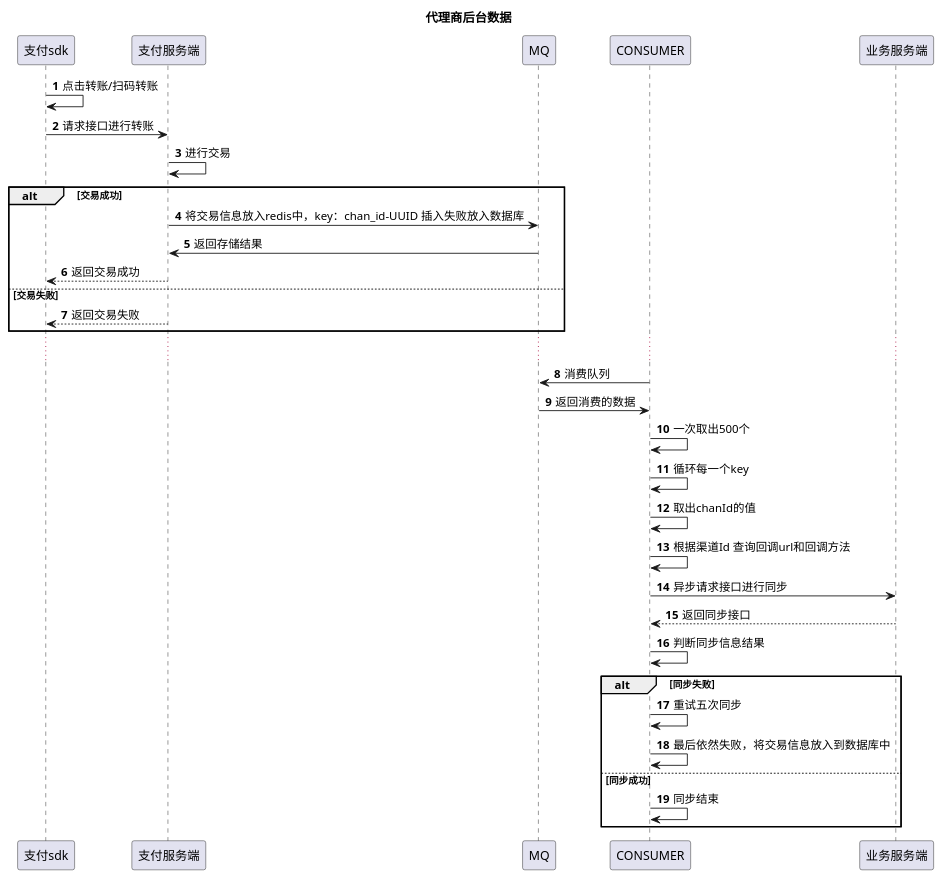
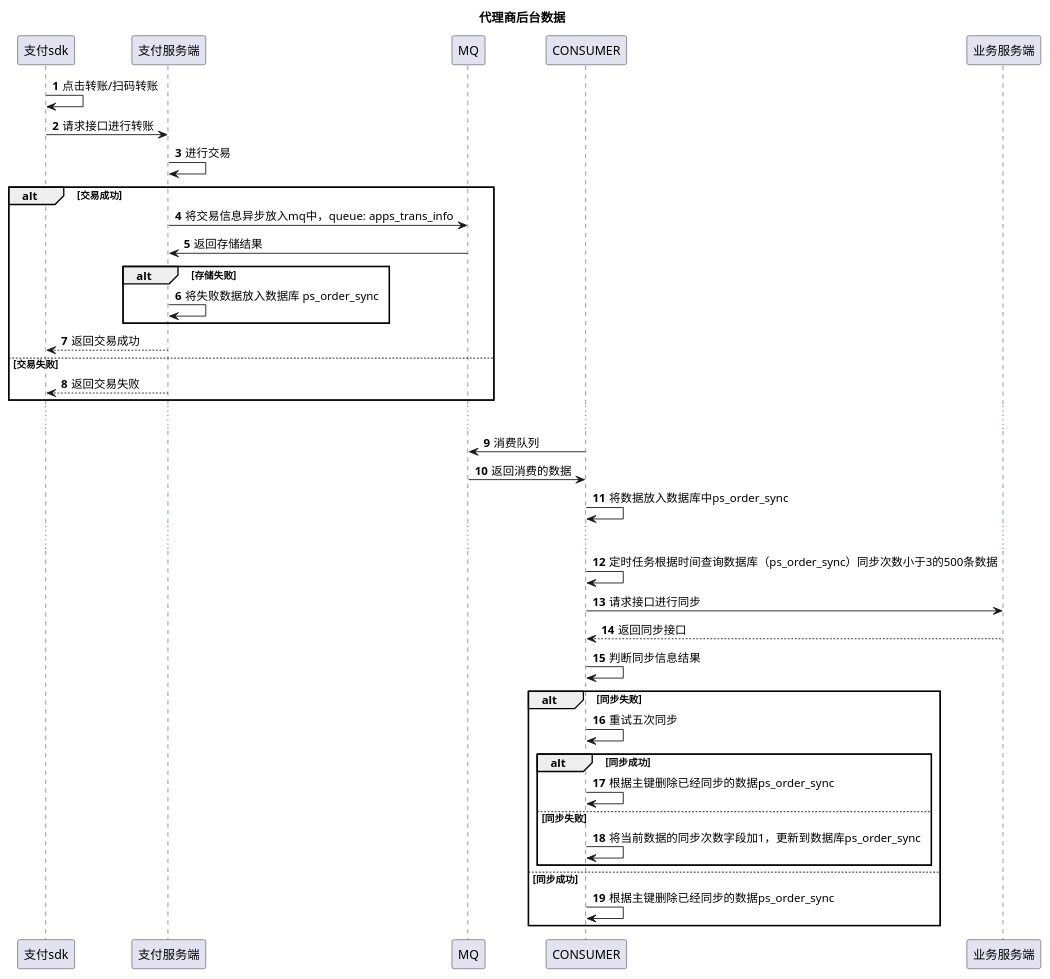
The diagram in doc/wpay/agent/agent.puml (13589080127/zc-test), drawn with PlantUML before and after one commit. The commit also changed 4 other files, not shown here.

```diff
--- a/doc/wpay/agent/agent.puml
+++ b/doc/wpay/agent/agent.puml
@@ -1,35 +1,41 @@
 @startuml
 title:代理商后台数据
 autonumber
 participant 支付sdk as SDK
 participant 支付服务端 as PAY_SERVER
 participant MQ
 participant CONSUMER
 participant 业务服务端 as WL_SERVER
 SDK->SDK:点击转账/扫码转账
 SDK->PAY_SERVER:请求接口进行转账
 PAY_SERVER->PAY_SERVER:进行交易
 alt 交易成功
-PAY_SERVER->MQ:将交易信息放入redis中，key：chan_id-UUID 插入失败放入数据库
+PAY_SERVER->MQ:将交易信息异步放入mq中，queue: apps_trans_info
 MQ->PAY_SERVER:返回存储结果
+alt 存储失败
+PAY_SERVER->PAY_SERVER:将失败数据放入数据库 ps_order_sync
+end
 PAY_SERVER-->SDK:返回交易成功
 else 交易失败
 PAY_SERVER-->SDK:返回交易失败
 end
 ...
 CONSUMER->MQ:消费队列
 MQ->CONSUMER:返回消费的数据
-CONSUMER->CONSUMER:一次取出500个
-CONSUMER->CONSUMER:循环每一个key
-CONSUMER->CONSUMER:取出chanId的值
-CONSUMER->CONSUMER:根据渠道Id 查询回调url和回调方法
-CONSUMER->WL_SERVER:异步请求接口进行同步
+CONSUMER->CONSUMER:将数据放入数据库中ps_order_sync
+...
+CONSUMER->CONSUMER:定时任务根据时间查询数据库（ps_order_sync）同步次数小于3的500条数据
+CONSUMER->WL_SERVER:请求接口进行同步
 WL_SERVER-->CONSUMER:返回同步接口
 CONSUMER->CONSUMER:判断同步信息结果
 alt 同步失败
 CONSUMER->CONSUMER:重试五次同步
-CONSUMER->CONSUMER:最后依然失败，将交易信息放入到数据库中
+alt 同步成功
+CONSUMER->CONSUMER:根据主键删除已经同步的数据ps_order_sync
+else 同步失败
+CONSUMER->CONSUMER:将当前数据的同步次数字段加1，更新到数据库ps_order_sync
+end
 else 同步成功
-CONSUMER->CONSUMER:同步结束
+CONSUMER->CONSUMER:根据主键删除已经同步的数据ps_order_sync
 end
 @enduml
```
